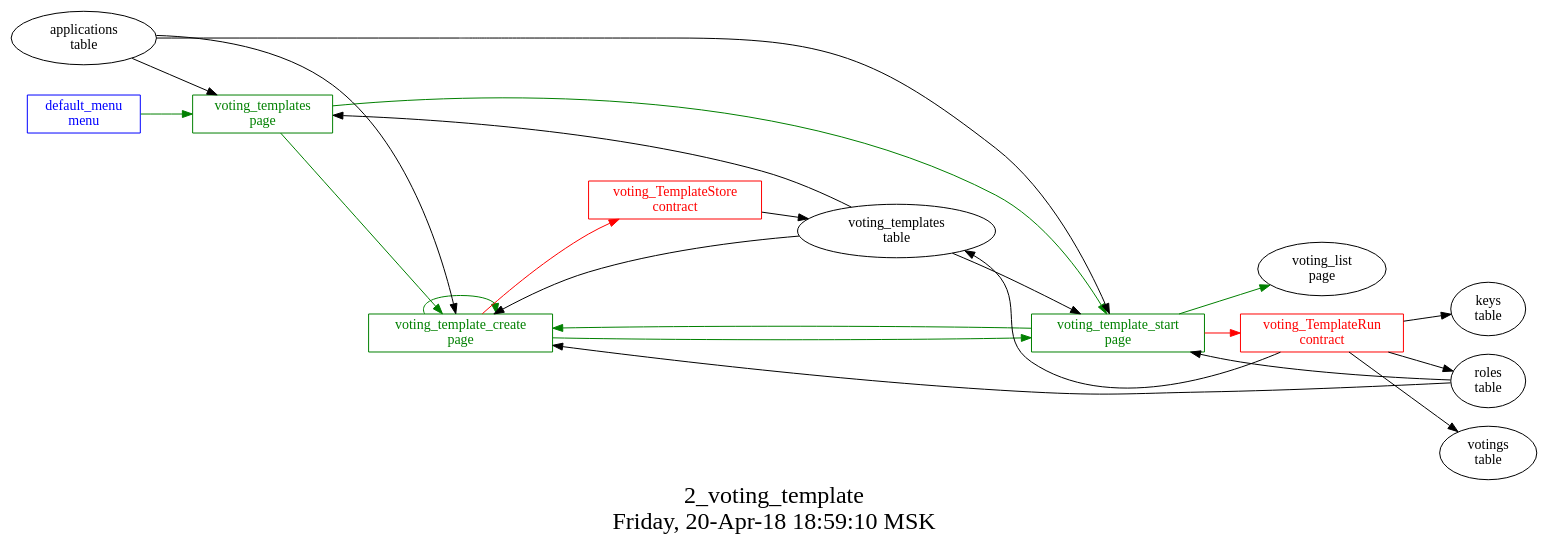
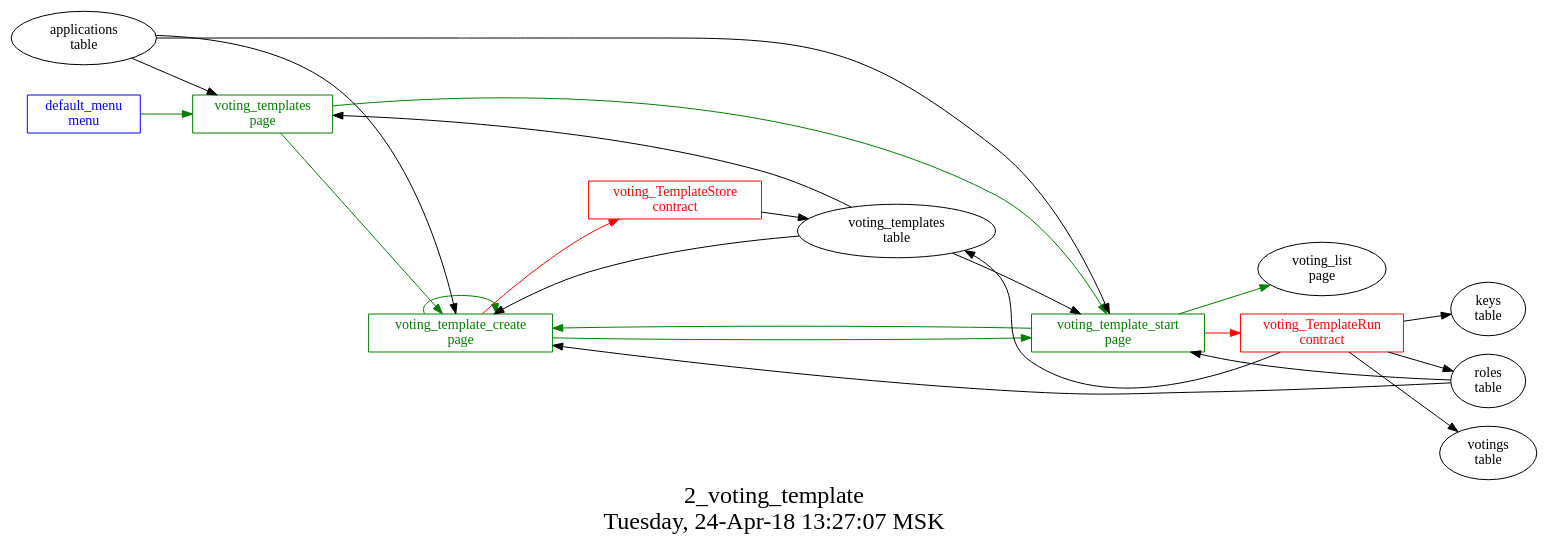
The diagram in src/basic/2_voting_templates/struct.dot (AplaProject/apps), drawn with Graphviz before and after one commit. The commit also changed 31 other files, not shown here.

```diff
--- a/src/basic/2_voting_templates/struct.dot
+++ b/src/basic/2_voting_templates/struct.dot
@@ -1,39 +1,39 @@
 digraph G {
 graph [
   fontsize="24";
-  label="2_voting_template\nFriday, 20-Apr-18 18:59:10 MSK";
+  label="2_voting_template\nTuesday, 24-Apr-18 13:27:07 MSK";
   nojustify=true;
   ordering=out;
   rankdir=LR;
   size="30";
 ];
 "default_menu\nmenu" -> "voting_templates\npage"  [ color=green ]
 "default_menu\nmenu" [color=blue, fontcolor=blue, group=menus, shape=record];
 "voting_template_create\npage" -> "voting_TemplateStore\ncontract"  [ color=red ]
 "applications\ntable" -> "voting_template_create\npage"  [ color="" ]
 "voting_templates\ntable" -> "voting_template_create\npage"  [ color="" ]
 "roles\ntable" -> "voting_template_create\npage"  [ color="" ]
 "voting_template_create\npage" -> "voting_template_create\npage"  [ color=green ]
 "voting_template_create\npage" -> "voting_template_start\npage"  [ color=green ]
 "voting_template_create\npage" [color=green, fontcolor=green, group=pages, shape=record];
 "voting_template_start\npage" -> "voting_TemplateRun\ncontract"  [ color=red ]
 "applications\ntable" -> "voting_template_start\npage"  [ color="" ]
 "voting_templates\ntable" -> "voting_template_start\npage"  [ color="" ]
 "roles\ntable" -> "voting_template_start\npage"  [ color="" ]
 "voting_template_start\npage" -> "voting_template_create\npage"  [ color=green ]
 "voting_template_start\npage" -> "voting_list\npage"  [ color=green ]
 "voting_template_start\npage" [color=green, fontcolor=green, group=pages, shape=record];
 "applications\ntable" -> "voting_templates\npage"  [ color="" ]
 "voting_templates\ntable" -> "voting_templates\npage"  [ color="" ]
 "voting_templates\npage" -> "voting_template_start\npage"  [ color=green ]
 "voting_templates\npage" -> "voting_template_create\npage"  [ color=green ]
 "voting_templates\npage" [color=green, fontcolor=green, group=pages, shape=record];
 "voting_TemplateRun\ncontract" -> "voting_templates\ntable"  [ color="" ]
 "voting_TemplateRun\ncontract" -> "keys\ntable"  [ color="" ]
 "voting_TemplateRun\ncontract" -> "roles\ntable"  [ color="" ]
 "voting_TemplateRun\ncontract" -> "votings\ntable"  [ color="" ]
 "voting_TemplateRun\ncontract" [color=red, fontcolor=red, group=contracts, shape=record];
 "voting_TemplateStore\ncontract" -> "voting_templates\ntable"  [ color="" ]
 "voting_TemplateStore\ncontract" [color=red, fontcolor=red, group=contracts, shape=record];
 "voting_templates\ntable" [color="", fontcolor="", group=tables, shape=""];
 }
```
